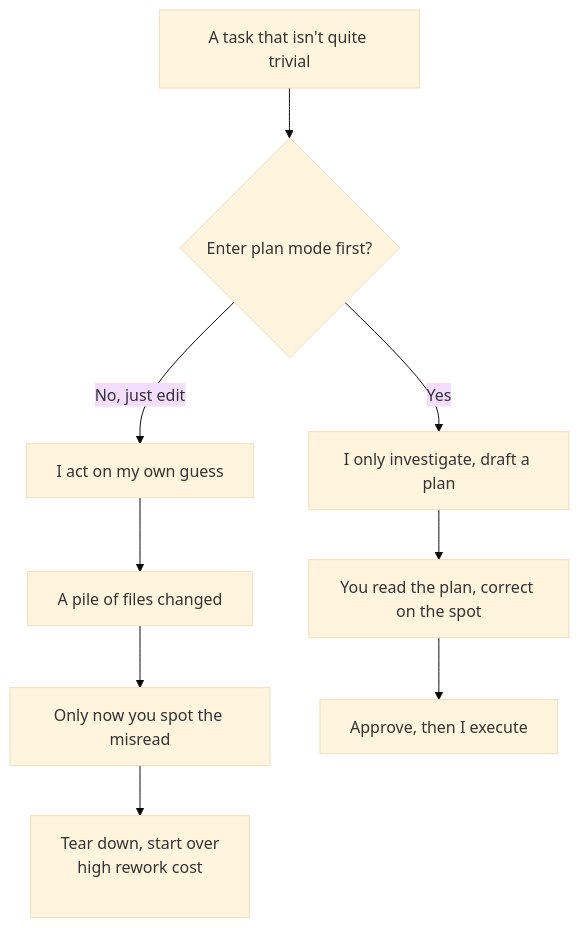
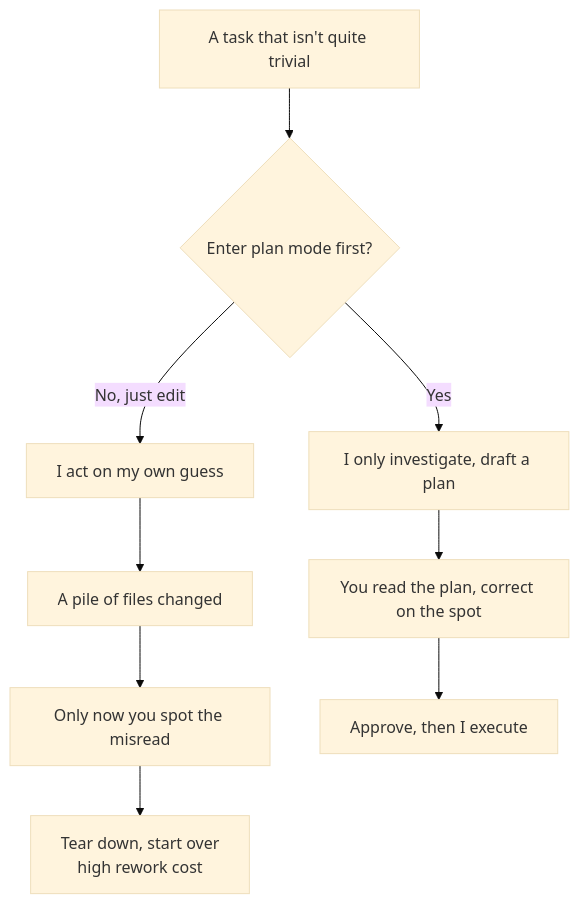
One commit to XuebinMa/AIWiki changed the diagram in i18n/en/docusaurus-plugin-content-docs/current/00-setup-collaboration/skipping-plan-mode.mdx. Above: the diagram before and after it, drawn with Mermaid (base theme). The commit also changed 99 other files, not shown here.

First line of the commit message:
fix(mermaid): 全局根治节点文字裁切（htmlLabels:false + 清理 br/nbsp 占位）(#26)

````diff
--- a/i18n/en/docusaurus-plugin-content-docs/current/00-setup-collaboration/skipping-plan-mode.mdx
+++ b/i18n/en/docusaurus-plugin-content-docs/current/00-setup-collaboration/skipping-plan-mode.mdx
@@ -40,11 +40,11 @@
 ```mermaid
 flowchart TD
     A[A task that isn't quite trivial] --> B{Enter plan mode first?}
     B -->|No, just edit| C[I act on my own guess]
     C --> D[A pile of files changed]
     D --> E[Only now you spot the misread]
-    E --> F["Tear down, start over<br/>high rework cost<br/>&nbsp;"]
+    E --> F["Tear down, start over<br/>high rework cost"]
     B -->|Yes| G[I only investigate, draft a plan]
     G --> H[You read the plan, correct on the spot]
     H --> I[Approve, then I execute]
 ```
````
